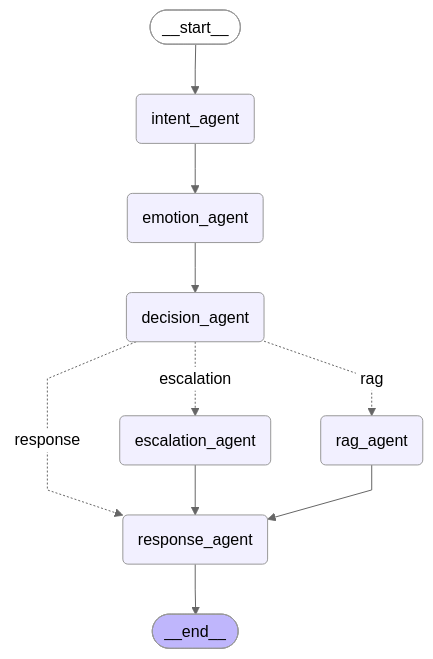
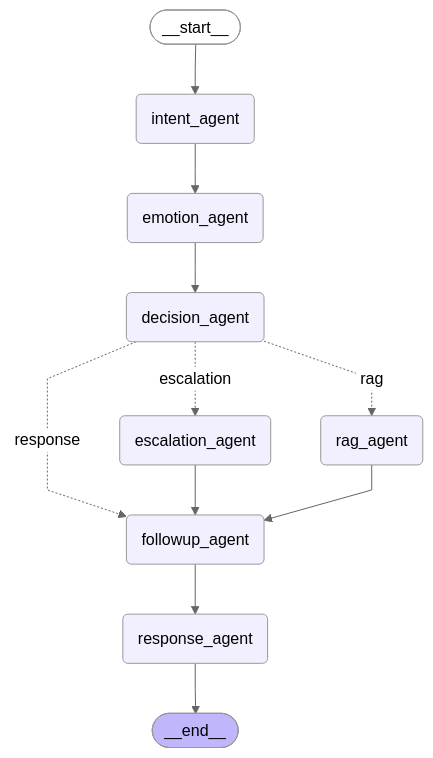
The diagram in graph.md (LikhithaMaradugu4/adaptive-customer-intelligence-platform), drawn with Mermaid (neutral theme) before and after one commit. The commit also changed 23 other files, not shown here.

````diff
--- a/graph.md
+++ b/graph.md
@@ -1,30 +1,31 @@
 ```mermaid
 ---
 config:
   flowchart:
     curve: linear
 ---
 graph TD;
 	__start__([<p>__start__</p>]):::first
 	intent_agent(intent_agent)
 	emotion_agent(emotion_agent)
 	rag_agent(rag_agent)
 	decision_agent(decision_agent)
 	escalation_agent(escalation_agent)
 	response_agent(response_agent)
+	followup_agent(followup_agent)
 	__end__([<p>__end__</p>]):::last
 	__start__ --> intent_agent;
 	decision_agent -. &nbsp;escalation&nbsp; .-> escalation_agent;
+	decision_agent -. &nbsp;response&nbsp; .-> followup_agent;
 	decision_agent -. &nbsp;rag&nbsp; .-> rag_agent;
-	decision_agent -. &nbsp;response&nbsp; .-> response_agent;
 	emotion_agent --> decision_agent;
-	escalation_agent --> response_agent;
+	escalation_agent --> followup_agent;
+	followup_agent --> response_agent;
 	intent_agent --> emotion_agent;
-	rag_agent --> response_agent;
+	rag_agent --> followup_agent;
 	response_agent --> __end__;
 	classDef default fill:#f2f0ff,line-height:1.2
 	classDef first fill-opacity:0
 	classDef last fill:#bfb6fc
 
-
 ```
````
